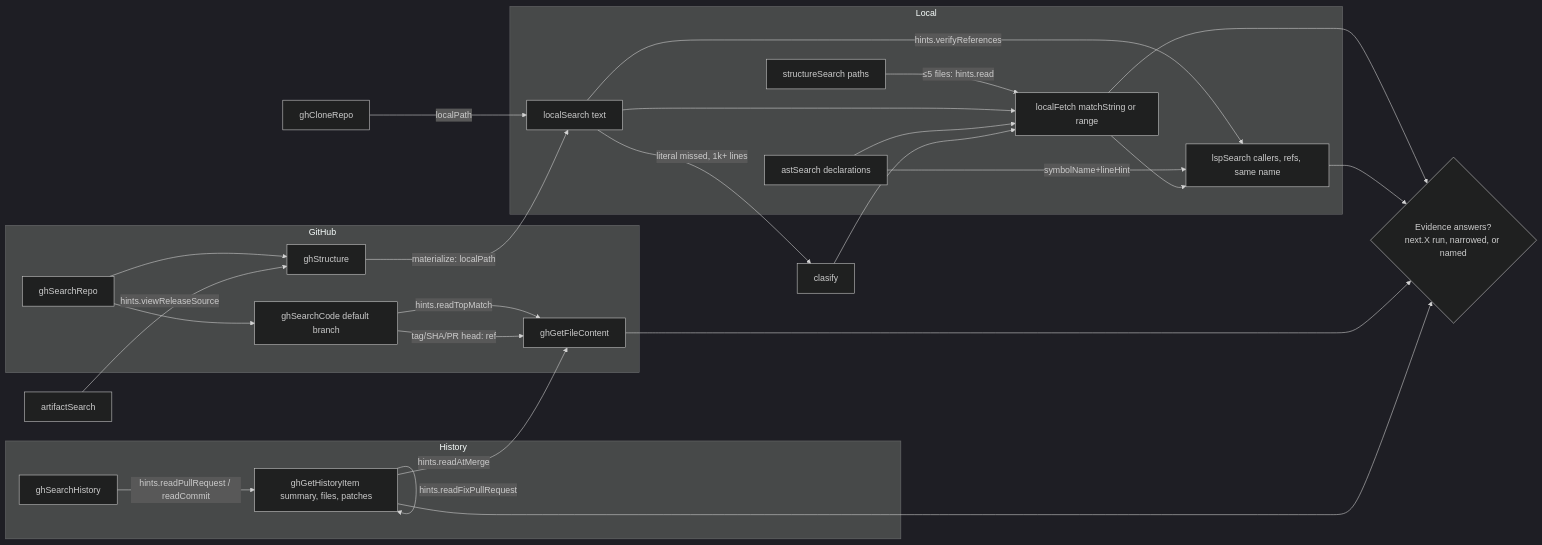
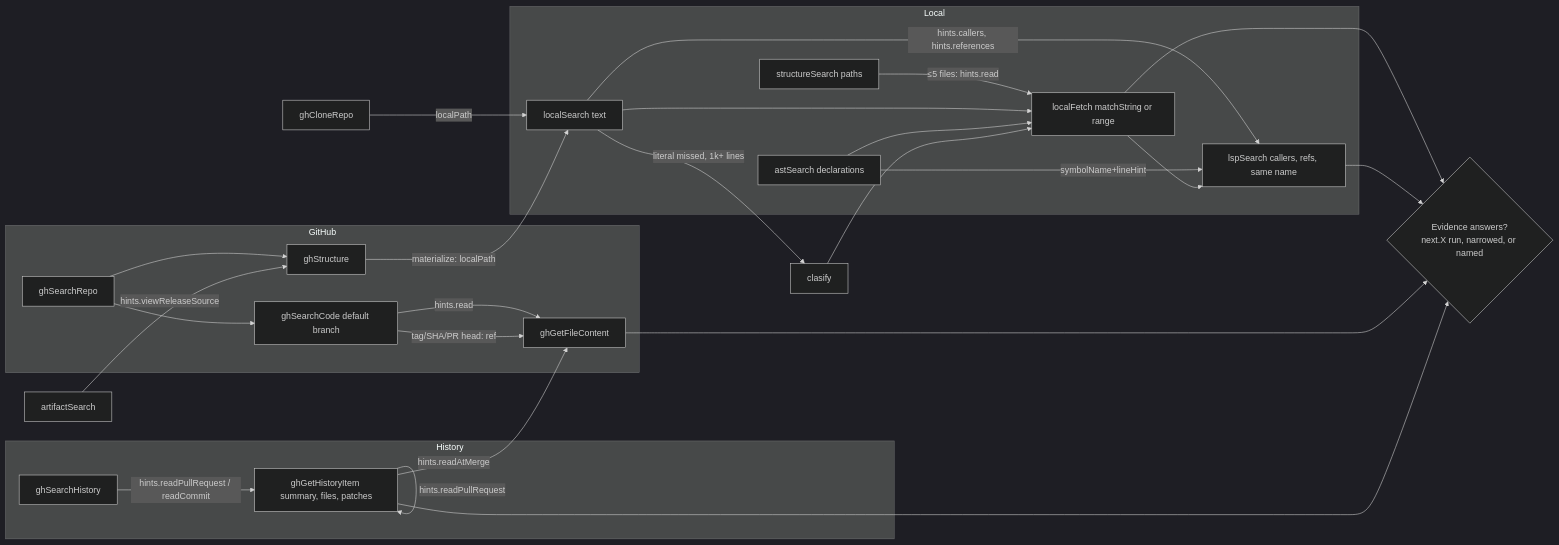
One commit to bgauryy/octocode changed the first of 9 diagrams in docs/OCTOCODE_WORKFLOWS.md. Above: the diagram before and after it, drawn with Mermaid (dark theme). The commit also changed other lines of this file and 3213 other files, not shown here.

````diff
--- a/docs/OCTOCODE_WORKFLOWS.md
+++ b/docs/OCTOCODE_WORKFLOWS.md
@@ -43,47 +21,42 @@
 ```mermaid
 flowchart LR
   subgraph Local
     SS[structureSearch paths]
     LS[localSearch text]
     AS[astSearch declarations]
     LF[localFetch matchString or range]
     LSP[lspSearch callers, refs, same name]
   end
   subgraph GitHub
     GR[ghSearchRepo]
     GC[ghSearchCode default branch]
     GS[ghStructure]
     GF[ghGetFileContent]
   end
   subgraph History
     GH[ghSearchHistory]
     GI[ghGetHistoryItem summary, files, patches]
   end
   AR[artifactSearch]
   CR[ghCloneRepo]
   CL[clasify]
   DONE{Evidence answers?<br/>next.X run, narrowed, or named}
   SS -->|"≤5 files: hints.read"| LF
-  LS --> LF
-  AS --> LF
-  LS -->|hints.verifyReferences| LSP
+  LS & AS --> LF
+  LS -->|hints.callers, hints.references| LSP
   AS -->|symbolName+lineHint| LSP
   LF --> LSP
-  GR --> GC
-  GR --> GS
-  GC -->|hints.readTopMatch| GF
+  GR --> GC & GS
+  GC -->|hints.read| GF
   GC -->|"tag/SHA/PR head: ref"| GF
   GH -->|hints.readPullRequest / readCommit| GI
   GI -->|next.continuePatch / nextFilePage| GI
-  GI -->|hints.readFixPullRequest| GI
+  GI -->|hints.readPullRequest| GI
   GI -->|hints.readAtMerge| GF
   AR -->|hints.viewReleaseSource| GS
   GS -->|materialize: localPath| LS
   CR -->|localPath| LS
   LS -->|"literal missed, 1k+ lines"| CL
   CL --> LF
-  LF --> DONE
-  LSP --> DONE
-  GF --> DONE
-  GI --> DONE
+  LF & LSP & GF & GI --> DONE
 ```
````
